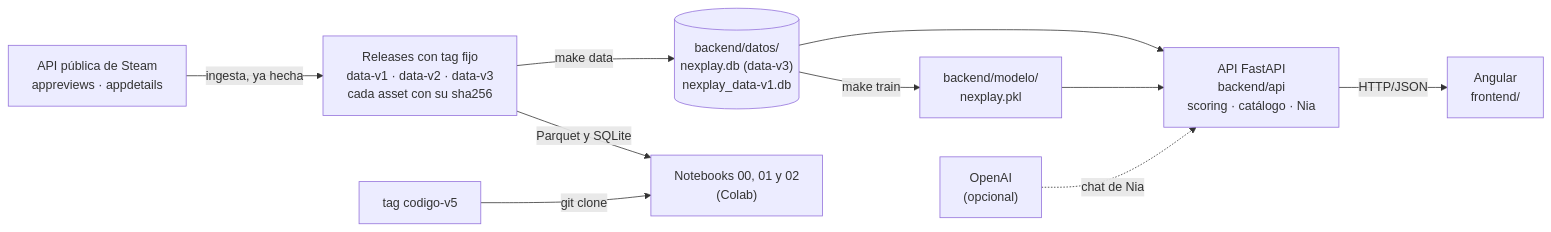
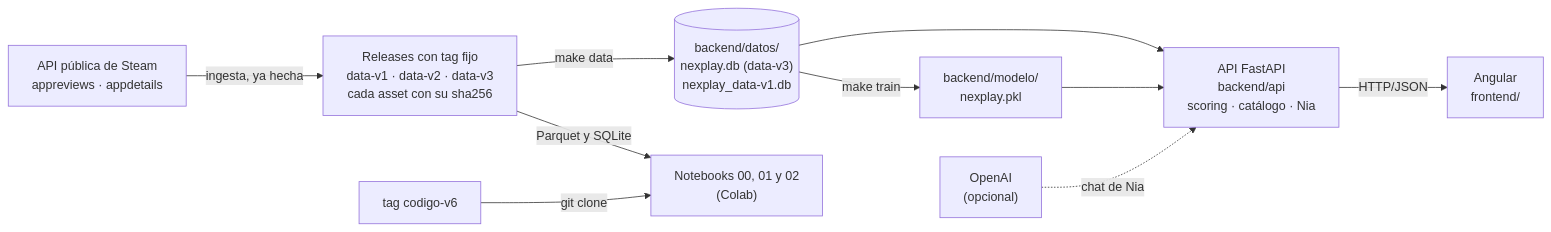
One commit to fernandoaxelramirezgomez-coder/nexplay changed the first of 2 diagrams in README.md. Above: the diagram before and after it, drawn with Mermaid. The commit also changed other lines of this file and 7 other files, not shown here.

````diff
--- a/README.md
+++ b/README.md
@@ -86,12 +86,12 @@
 ```mermaid
 flowchart LR
     steam["API pública de Steam<br/>appreviews · appdetails"] -->|ingesta, ya hecha| releases["Releases con tag fijo<br/>data-v1 · data-v2 · data-v3<br/>cada asset con su sha256"]
     releases -->|make data| datos[("backend/datos/<br/>nexplay.db (data-v3)<br/>nexplay_data-v1.db")]
     datos -->|make train| modelo["backend/modelo/<br/>nexplay.pkl"]
     datos --> api["API FastAPI<br/>backend/api<br/>scoring · catálogo · Nia"]
     modelo --> api
     openai["OpenAI<br/>(opcional)"] -.->|chat de Nia| api
     api -->|HTTP/JSON| web["Angular<br/>frontend/"]
     releases -->|Parquet y SQLite| nb["Notebooks 00, 01 y 02<br/>(Colab)"]
-    tag["tag codigo-v5"] -->|git clone| nb
+    tag["tag codigo-v6"] -->|git clone| nb
 ```
````
